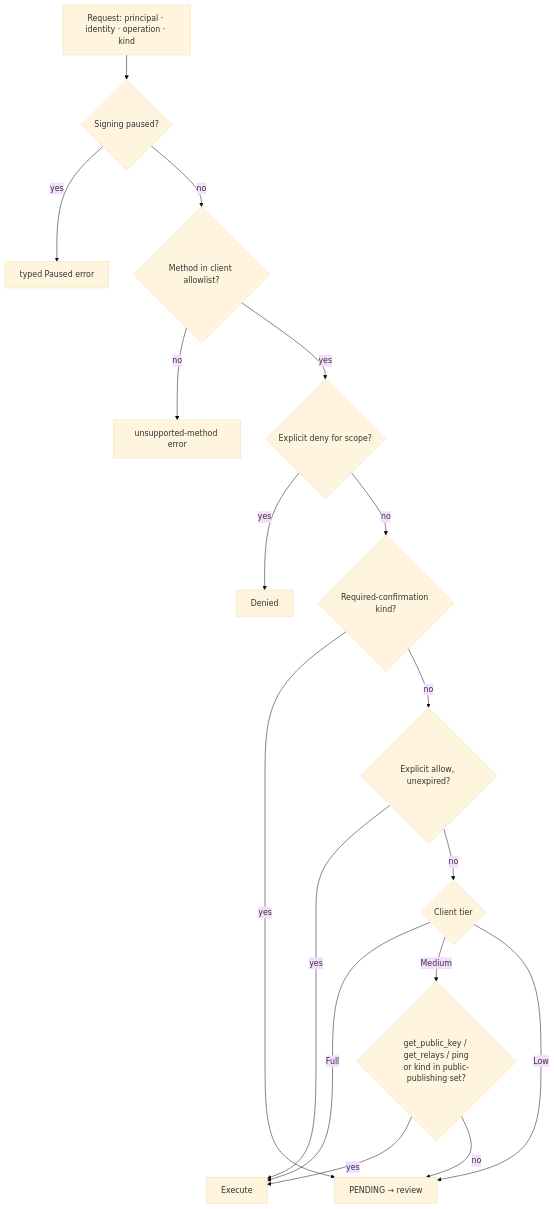
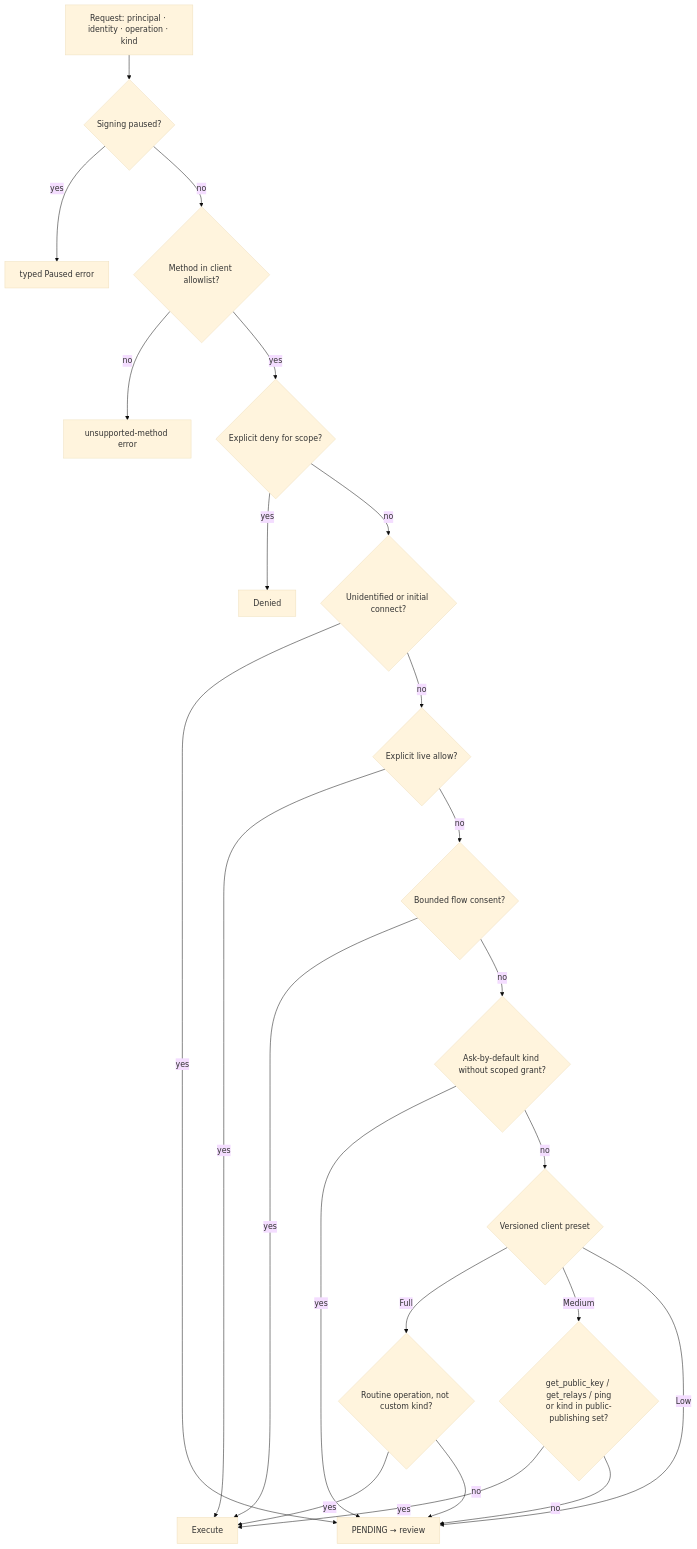
Before and after one commit to chebizarro/nostrc: the sixth of 8 diagrams in docs/plans/grotto-signer-ux-2026-10-12.md, drawn with Mermaid (base theme). The commit also changed other lines of this file and 64 other files, not shown here.

````diff
--- a/docs/plans/grotto-signer-ux-2026-10-12.md
+++ b/docs/plans/grotto-signer-ux-2026-10-12.md
@@ -816,19 +815,25 @@
 ```mermaid
 flowchart TD
     R[Request: principal · identity · operation · kind] --> P{Signing paused?}
     P -->|yes| Deny1[typed Paused error]
     P -->|no| M{Method in client allowlist?}
     M -->|no| Deny2[unsupported-method error]
     M -->|yes| ED{Explicit deny for scope?}
     ED -->|yes| Deny3[Denied]
-    ED -->|no| RC{Required-confirmation kind?}
-    RC -->|yes| Ask[PENDING → review]
-    RC -->|no| EA{Explicit allow, unexpired?}
+    ED -->|no| C{Unidentified or initial connect?}
+    C -->|yes| Ask[PENDING → review]
+    C -->|no| EA{Explicit live allow?}
     EA -->|yes| Exec[Execute]
-    EA -->|no| T{Client tier}
-    T -->|Full| Exec
+    EA -->|no| F{Bounded flow consent?}
+    F -->|yes| Exec
+    F -->|no| RC{Ask-by-default kind without scoped grant?}
+    RC -->|yes| Ask
+    RC -->|no| T{Versioned client preset}
+    T -->|Full| Routine{Routine operation, not custom kind?}
+    Routine -->|yes| Exec
+    Routine -->|no| Ask
     T -->|Medium| Pub{get_public_key / get_relays / ping\nor kind in public-publishing set?}
     Pub -->|yes| Exec
     Pub -->|no| Ask
     T -->|Low| Ask
 ```
````
